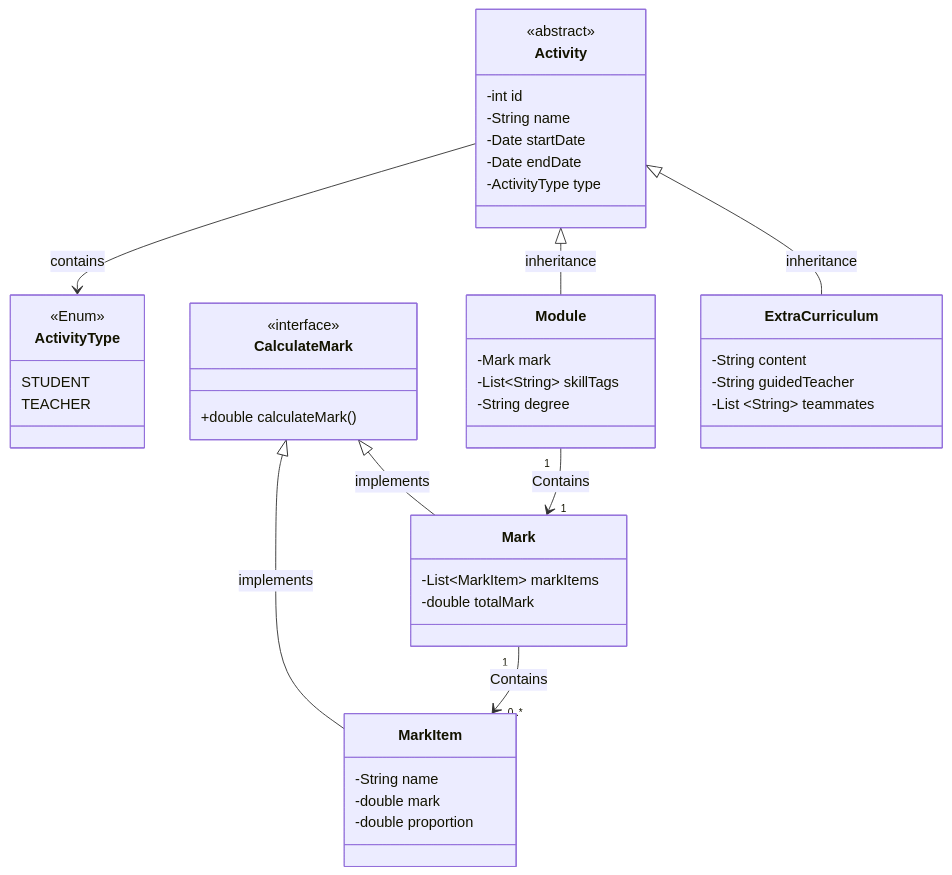
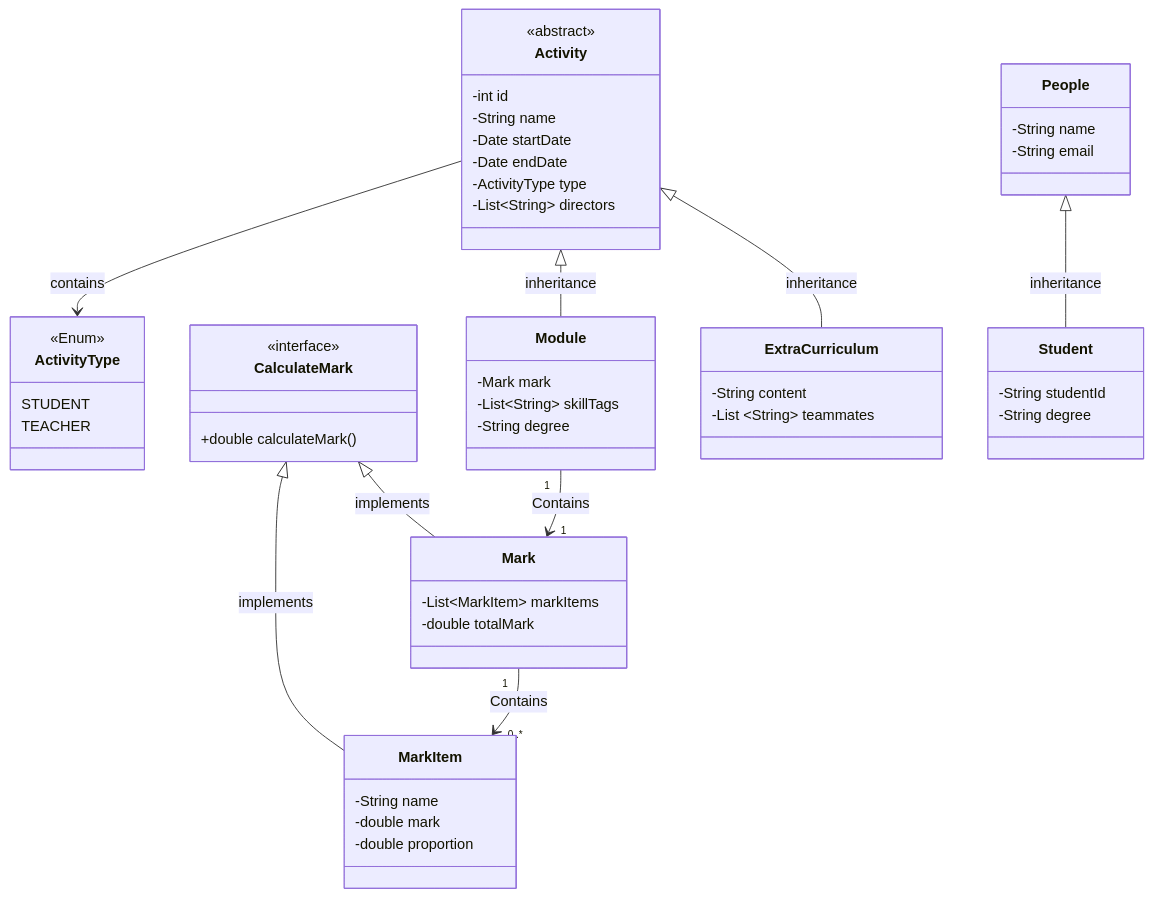
Before and after one commit to klsc749/EduTracker: the diagram in README.md, drawn with Mermaid.

Commit message:
Update README file : Update UML

````diff
--- a/README.md
+++ b/README.md
@@ -6,57 +6,69 @@
 ```mermaid
 classDiagram
     class Activity {
         <<abstract>>
         -int id
         -String name
         -Date startDate
         -Date endDate
         -ActivityType type 
+        -List~String~ directors
     }
     
     class ActivityType{
         <<Enum>>
         STUDENT
         TEACHER
     }
     
     Activity --> ActivityType : contains
     
     
     class Module{
         -Mark mark
         -List~String~ skillTags
         -String degree        
     }
     Activity <|-- Module : inheritance
     
     class CalculateMark{
         +double calculateMark()
     }
     <<interface>> CalculateMark
     
     class Mark{
         -List~MarkItem~ markItems
         -double totalMark
     }
     
     class MarkItem{
         -String name
         -double mark
         -double proportion
     }
     
     CalculateMark <|-- Mark : implements
     CalculateMark <|-- MarkItem : implements
     
     Module "1" --> "1" Mark : Contains
     Mark "1" --> "0..*" MarkItem : Contains
     
     class ExtraCurriculum{
         -String content
-        -String guidedTeacher
         -List ~String~ teammates
     }
     
     Activity <|-- ExtraCurriculum : inheritance
+    
+    class People{
+        -String name
+        -String email        
+    }
+    
+    class Student{
+        -String studentId
+        -String degree
+    }
+    
+    People <|-- Student : inheritance
 ```
````
